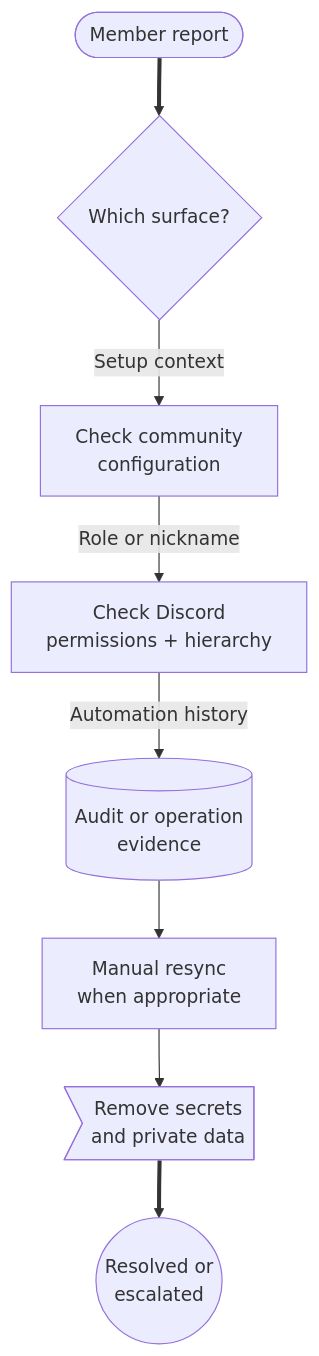
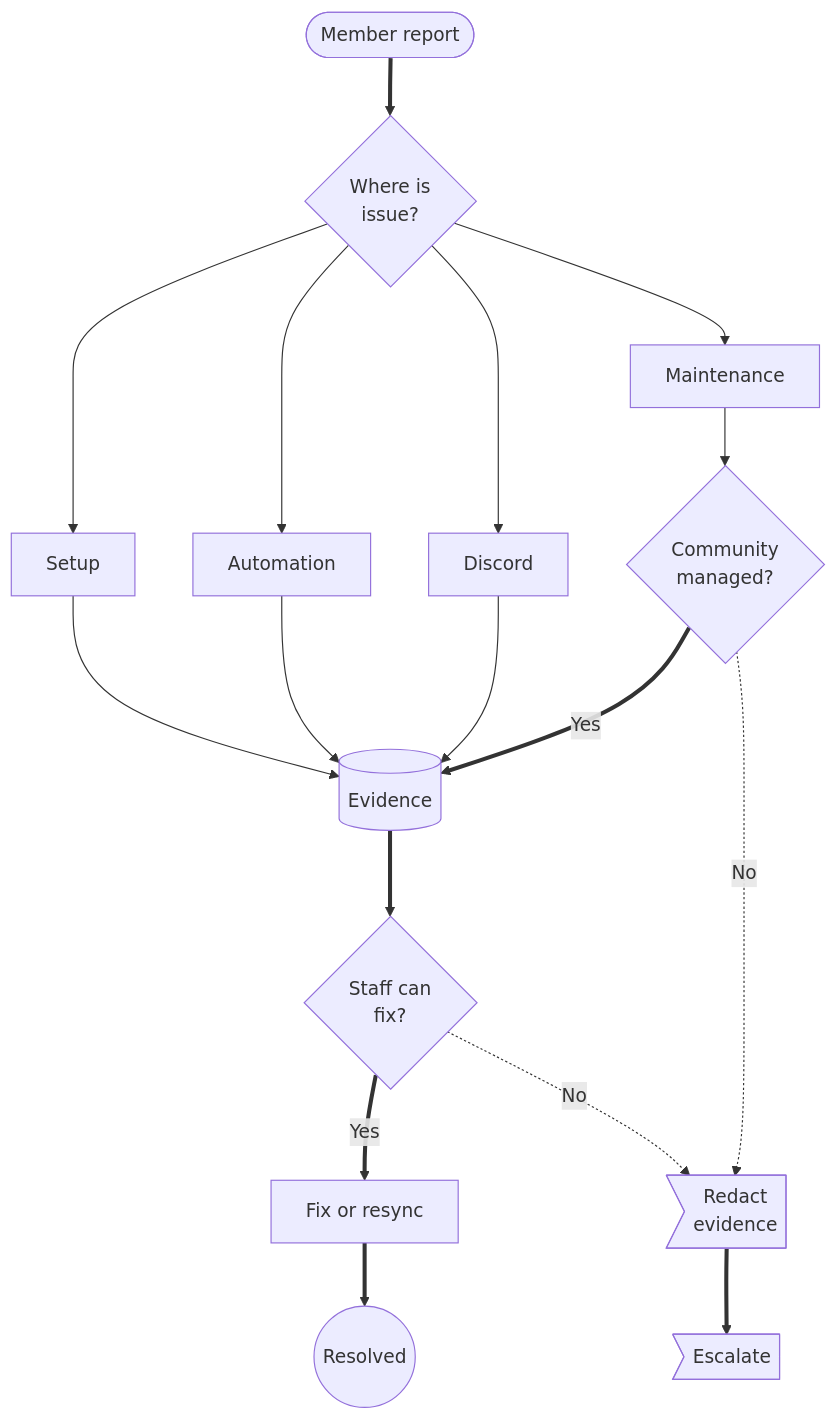
One commit to ArkanisCorporation/CitizenId-docs changed the diagram in docs/community-admins/maintenance-and-support.md. Above: the diagram before and after it, drawn with Mermaid. The commit also changed 6 other files, not shown here.

Commit message:
docs: refine community admin diagrams

````diff
--- a/docs/community-admins/maintenance-and-support.md
+++ b/docs/community-admins/maintenance-and-support.md
@@ -18,26 +18,40 @@
 ```mermaid
 flowchart TD
   report(["Member report"])
-  classify{"Which surface?"}
-  config["Check community<br/>configuration"]
-  discord["Check Discord<br/>permissions + hierarchy"]
-  audit[(Audit or operation<br/>evidence)]
-  resync["Manual resync<br/>when appropriate"]
-  private>Remove secrets<br/>and private data]
-  result(("Resolved or<br/>escalated"))
+  classify{"Where is<br/>issue?"}
+  setup["Setup"]
+  automation["Automation"]
+  discord["Discord"]
+  maintenance["Maintenance"]
+  owner{"Community<br/>managed?"}
+  evidence[(Evidence)]
+  local{"Staff can<br/>fix?"}
+  fix["Fix or resync"]
+  private>Redact<br/>evidence]
+  escalate>Escalate]
+  resolved(("Resolved"))
 
   report ==> classify
-  classify -->|"Setup context"| config
-  config -->|"Role or nickname"| discord
-  discord -->|"Automation history"| audit
-  audit --> resync
-  resync --> private
-  private ==> result
+  classify --> setup
+  classify --> automation
+  classify --> discord
+  classify --> maintenance
+  setup --> evidence
+  automation --> evidence
+  discord --> evidence
+  maintenance --> owner
+  owner ==>|Yes| evidence
+  owner -. "No" .-> private
+  evidence ==> local
+  local ==>|Yes| fix
+  fix ==> resolved
+  local -. "No" .-> private
+  private ==> escalate
 
   class report actor;
-  class classify decision;
-  class config,discord,resync action;
-  class audit data;
-  class result success;
-  class private caution;
+  class classify,owner,local decision;
+  class setup,automation,discord,maintenance,fix action;
+  class evidence data;
+  class resolved success;
+  class private,escalate caution;
 ```
````
